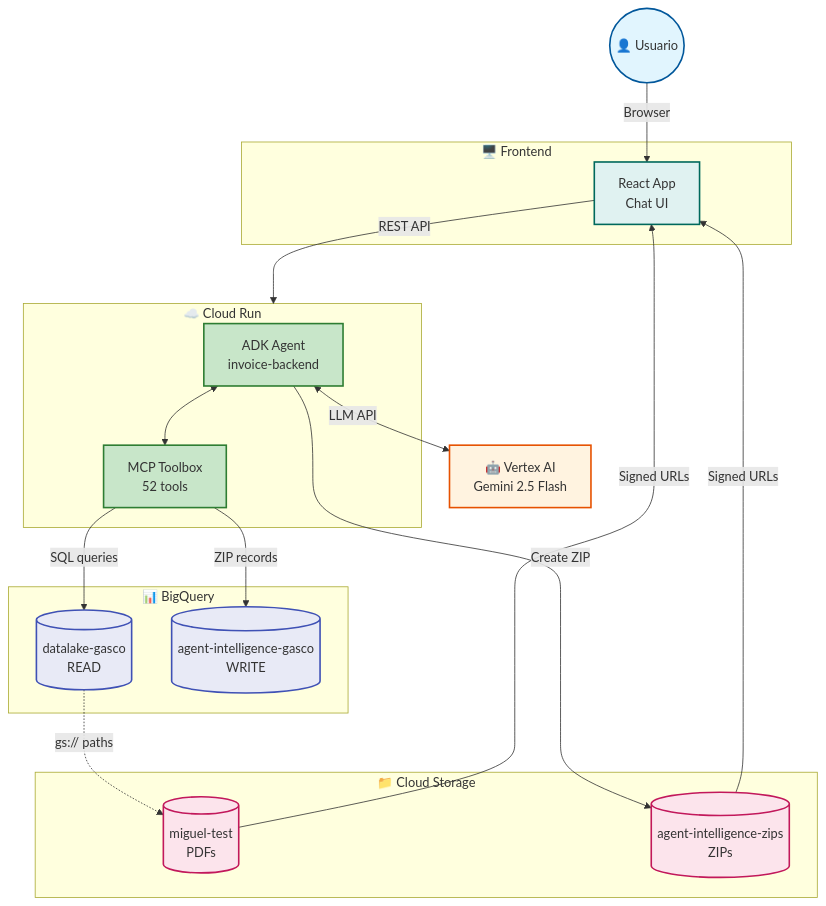
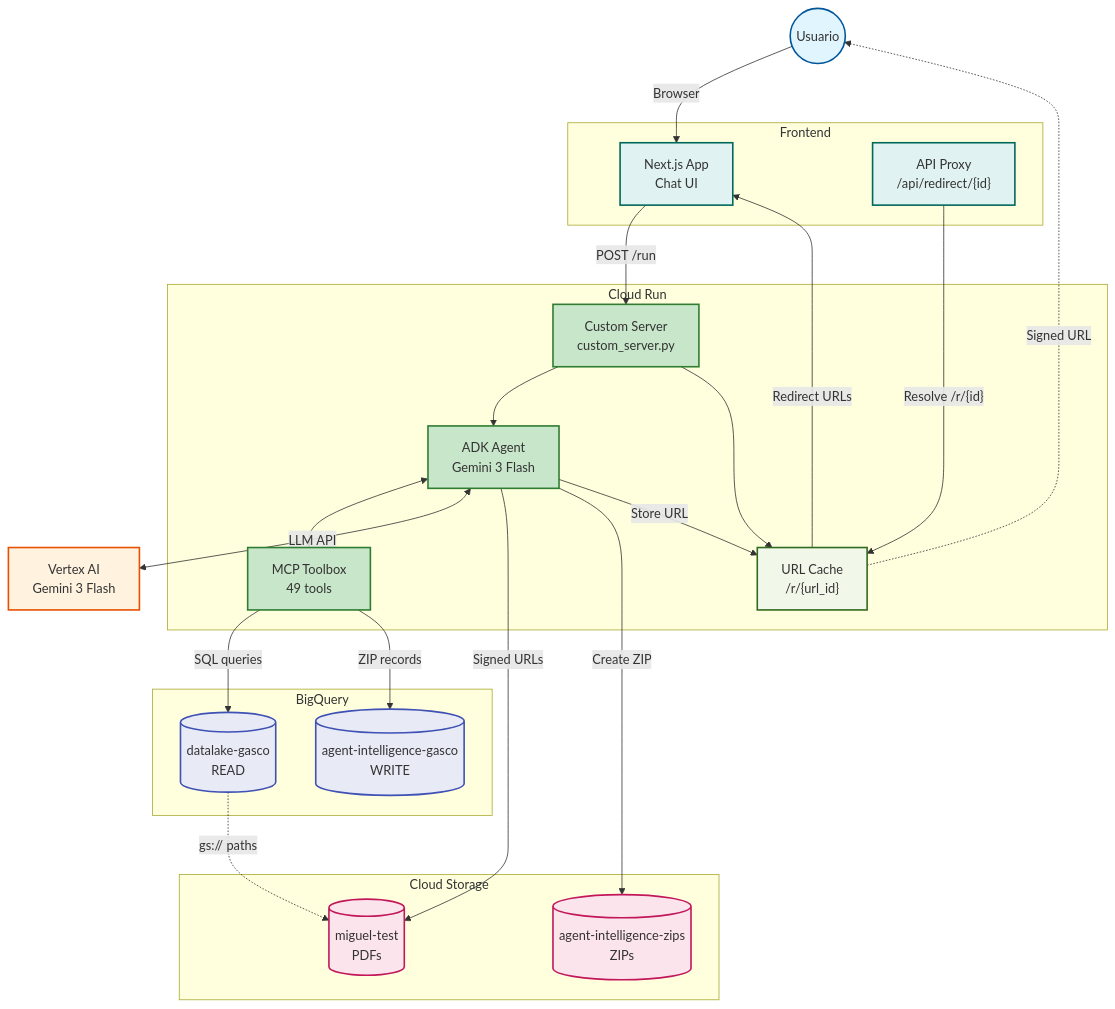
One commit to miguelp7200/agente changed the diagram in docs/ARCHITECTURE_GCP.md. Above: the diagram before and after it, drawn with Mermaid. The commit also changed other lines of this file and 2 other files, not shown here.

Commit message:
docs: update architecture diagrams for v1.1.0
Update all three architecture documents to reflect current system state:
- Gemini 3 Flash model, 49 MCP tools, Custom Server with URL Cache
- URL redirect flow (/r/{url_id}) for signed URL protection
- config.yaml centralization (no more config.py)
- Correct thresholds, endpoints, and Cloud Run URLs

````diff
--- a/docs/ARCHITECTURE_GCP.md
+++ b/docs/ARCHITECTURE_GCP.md
@@ -3,59 +3,68 @@
 ```mermaid
 flowchart TB
     %% === USUARIO ===
-    User(("👤 Usuario"))
-    
+    User(("Usuario"))
+
     %% === FRONTEND ===
-    subgraph Frontend["🖥️ Frontend"]
-        WebApp["React App<br/>Chat UI"]
+    subgraph Frontend["Frontend"]
+        WebApp["Next.js App<br/>Chat UI"]
+        Proxy["API Proxy<br/>/api/redirect/{id}"]
     end
-    
+
     %% === CLOUD RUN ===
-    subgraph CloudRun["☁️ Cloud Run"]
-        ADK["ADK Agent<br/>invoice-backend"]
-        MCP["MCP Toolbox<br/>52 tools"]
+    subgraph CloudRun["Cloud Run"]
+        CustomServer["Custom Server<br/>custom_server.py"]
+        ADK["ADK Agent<br/>Gemini 3 Flash"]
+        MCP["MCP Toolbox<br/>49 tools"]
+        Cache["URL Cache<br/>/r/{url_id}"]
+        CustomServer --> ADK
+        CustomServer --> Cache
         ADK <--> MCP
     end
-    
+
     %% === VERTEX AI ===
-    VertexAI["🤖 Vertex AI<br/>Gemini 2.5 Flash"]
-    
+    VertexAI["Vertex AI<br/>Gemini 3 Flash"]
+
     %% === BIGQUERY ===
-    subgraph BigQuery["📊 BigQuery"]
+    subgraph BigQuery["BigQuery"]
         BQ_READ[("datalake-gasco<br/>READ")]
         BQ_WRITE[("agent-intelligence-gasco<br/>WRITE")]
     end
-    
+
     %% === CLOUD STORAGE ===
-    subgraph GCS["📁 Cloud Storage"]
+    subgraph GCS["Cloud Storage"]
         GCS_PDF[("miguel-test<br/>PDFs")]
         GCS_ZIP[("agent-intelligence-zips<br/>ZIPs")]
     end
-    
+
     %% === CONEXIONES ===
     User -->|"Browser"| WebApp
-    WebApp -->|"REST API"| CloudRun
+    WebApp -->|"POST /run"| CustomServer
     ADK <-->|"LLM API"| VertexAI
     MCP -->|"SQL queries"| BQ_READ
     MCP -->|"ZIP records"| BQ_WRITE
     BQ_READ -.->|"gs:// paths"| GCS_PDF
+    ADK -->|"Signed URLs"| GCS_PDF
     ADK -->|"Create ZIP"| GCS_ZIP
-    GCS_PDF -->|"Signed URLs"| WebApp
-    GCS_ZIP -->|"Signed URLs"| WebApp
-    
+    ADK -->|"Store URL"| Cache
+    Cache -->|"Redirect URLs"| WebApp
+    Proxy -->|"Resolve /r/{id}"| Cache
+    Cache -.->|"Signed URL"| User
+
     %% === ESTILOS ===
     classDef userStyle fill:#e1f5fe,stroke:#01579b,stroke-width:2px
     classDef cloudrunStyle fill:#c8e6c9,stroke:#2e7d32,stroke-width:2px
     classDef vertexStyle fill:#fff3e0,stroke:#e65100,stroke-width:2px
     classDef bqStyle fill:#e8eaf6,stroke:#3f51b5,stroke-width:2px
     classDef gcsStyle fill:#fce4ec,stroke:#c2185b,stroke-width:2px
-    
     classDef frontendStyle fill:#e0f2f1,stroke:#00695c,stroke-width:2px
-    
+    classDef cacheStyle fill:#f1f8e9,stroke:#33691e,stroke-width:2px
+
     class User userStyle
-    class WebApp frontendStyle
-    class ADK,MCP cloudrunStyle
+    class WebApp,Proxy frontendStyle
+    class CustomServer,ADK,MCP cloudrunStyle
+    class Cache cacheStyle
     class VertexAI vertexStyle
     class BQ_READ,BQ_WRITE bqStyle
     class GCS_PDF,GCS_ZIP gcsStyle
 ```
````
